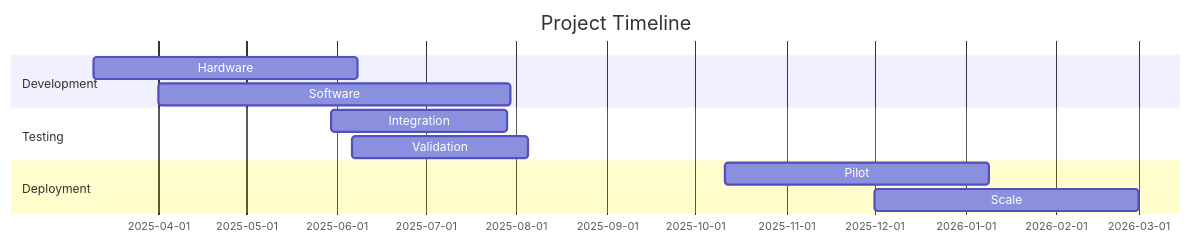
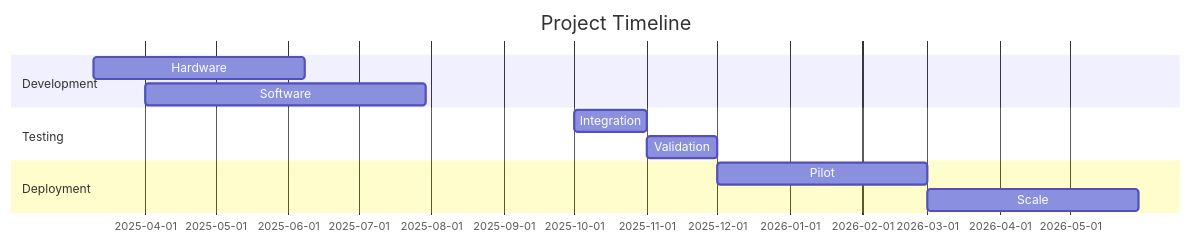
Before and after one commit to Inteli-College/2025-1A-T02-G54-PUBLICO: the tenth of 10 diagrams in Module_1_PR/Public_Report_Modulo2.md, drawn with Mermaid. The commit also changed other lines of this file, not shown here.

Commit message:
Enhance Public_Report_Modulo2.md with updated executive summary, improved documentation, and refined diagrams. Key changes include a focus on remote-controlled rescue features, expanded MVP documentation, and a clearer presentation of risk matrix and business model elements.

````diff
--- a/Module_1_PR/Public_Report_Modulo2.md
+++ b/Module_1_PR/Public_Report_Modulo2.md
@@ -348,14 +344,14 @@
 ```mermaid
 gantt
     title Project Timeline
     dateFormat  YYYY-MM-DD
     section Development
     Hardware    :2025-03-10, 90d
     Software    :2025-04-01, 120d
     section Testing
-    Integration :2025-05-30, 60d
-    Validation  :2025-06-06, 60d
+    Integration :2025-10-01, 31d
+    Validation  :2025-11-01, 30d
     section Deployment
-    Pilot      :2025-10-11, 90d
-    Scale      :2025-12-01, 90d
+    Pilot      :2025-12-01, 90d
+    Scale      :2026-03-01, 90d
 ```
````
